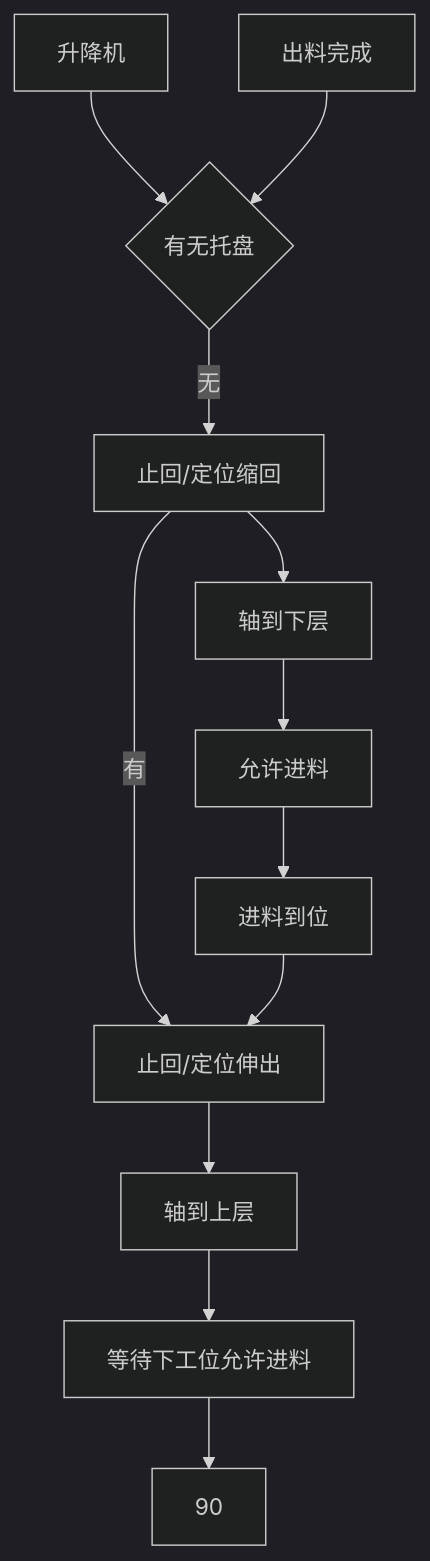
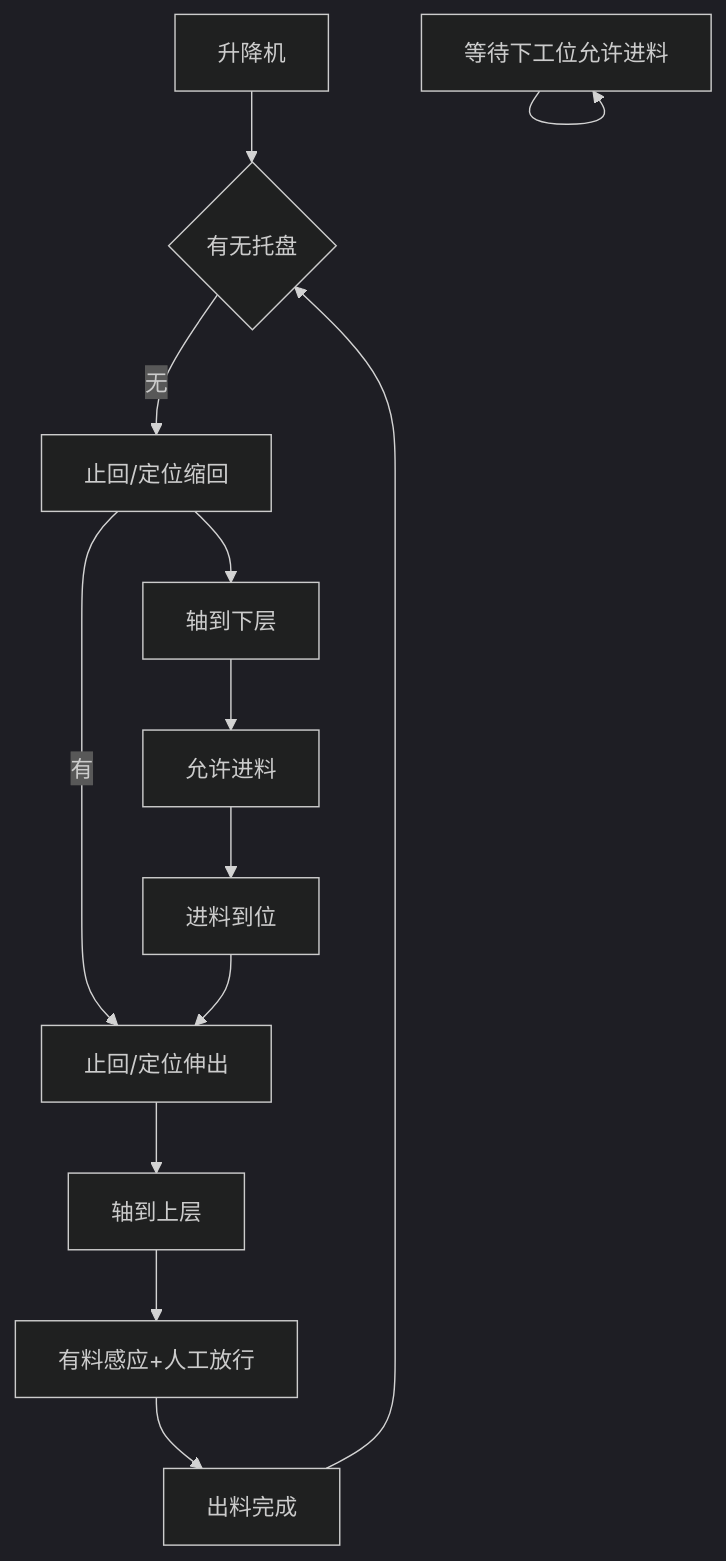
The diagram in all/升降台.md (PengKun1/iodraw-files), drawn with Mermaid (dark theme) before and after one commit.

Commit message:
2024-12-23 10:24:20 update

````diff
--- a/all/升降台.md
+++ b/all/升降台.md
@@ -1,15 +1,16 @@
 ```mermaid
 graph TD
 0[升降机]-->10
 10{有无托盘}-->|无|20
 20-->|有|60
 20[止回/定位缩回]-->30
 30[轴到下层]-->40
 40[允许进料]-->50
 50[进料到位]-->60
 60[止回/定位伸出]-->70
 70[轴到上层]-->80
-80[等待下工位允许进料]-->90
+80[有料感应+人工放行]-->100
+90[等待下工位允许进料]-->90
 
 100[出料完成]-->10
 ```
````
